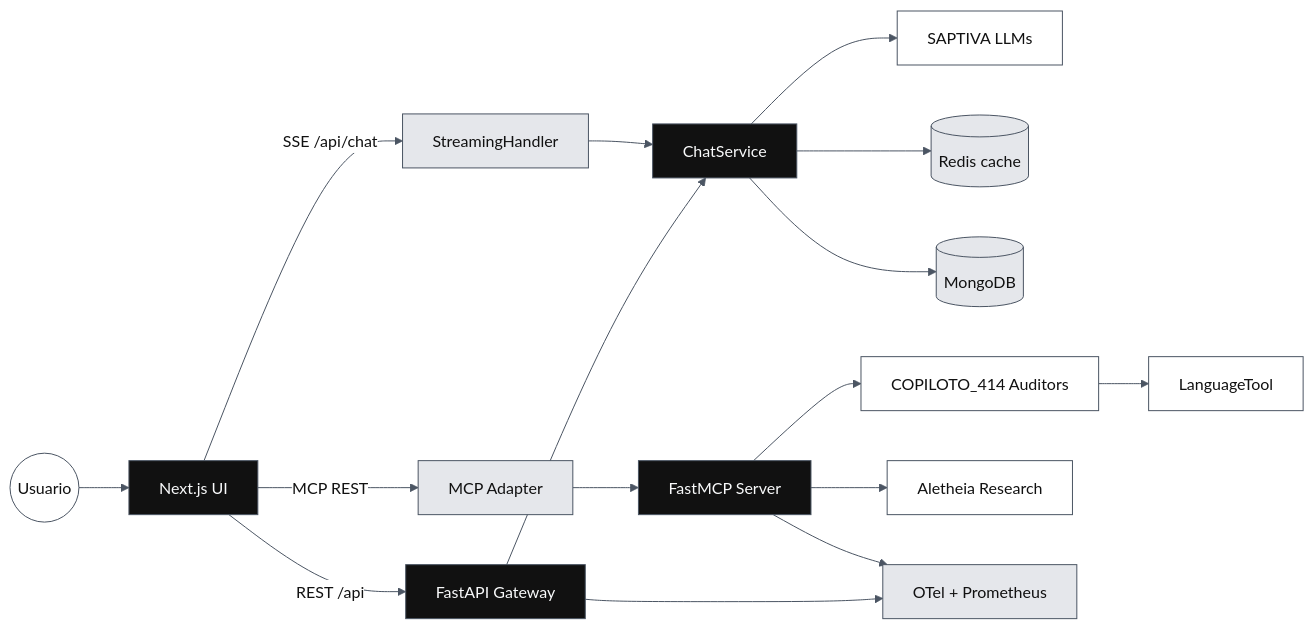
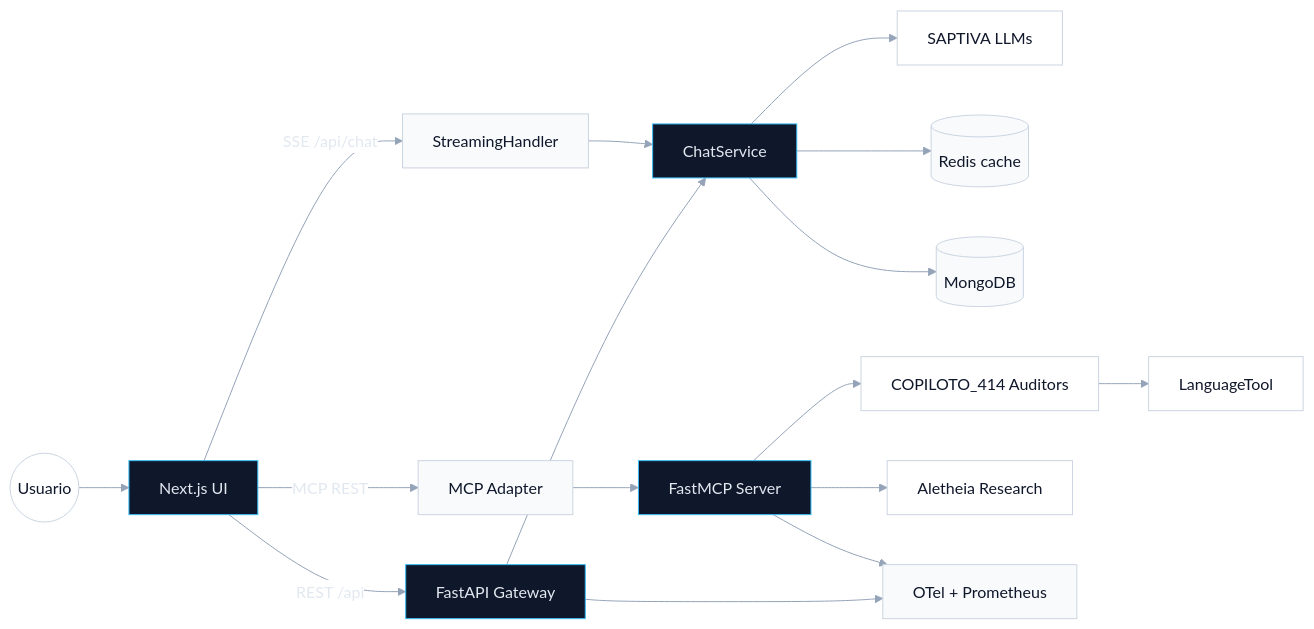
One commit to saptiva-ai/octavios-chat changed the seventh of 11 diagrams in README.md. Above: the diagram before and after it, drawn with Mermaid. The commit also changed other lines of this file, not shown here.

Commit message:
docs: compact README and refresh diagrams

````diff
--- a/README.md
+++ b/README.md
@@ -1052,26 +989,26 @@
 ```mermaid
-%%{init: {'theme': 'base', 'themeVariables': {'primaryColor': '#111111','primaryBorderColor': '#4b5563','primaryTextColor': '#111111','lineColor': '#4b5563','secondaryColor': '#ffffff','secondaryBorderColor': '#4b5563','secondaryTextColor': '#111111','tertiaryColor': '#d1d5db','tertiaryBorderColor': '#4b5563','tertiaryTextColor': '#111111'}}}%%
+%%{init: {'theme': 'base', 'themeVariables': {'primaryColor': '#0f172a','primaryBorderColor': '#38bdf8','primaryTextColor': '#e2e8f0','lineColor': '#94a3b8','secondaryColor': '#ffffff','secondaryBorderColor': '#cbd5e1','secondaryTextColor': '#0f172a','tertiaryColor': '#f8fafc','tertiaryBorderColor': '#cbd5e1','tertiaryTextColor': '#0f172a'}}}%%
 flowchart LR
     user((Usuario)):::light --> web_ui["Next.js UI"]:::dark
     web_ui -->|REST /api| api_gateway["FastAPI Gateway"]:::dark
     web_ui -->|SSE /api/chat| streaming["StreamingHandler"]:::gray
     web_ui -->|MCP REST| mcp_adapter["MCP Adapter"]:::gray
 
     api_gateway --> chat_service["ChatService"]:::dark
     chat_service --> saptiva["SAPTIVA LLMs"]:::light
     chat_service --> redis[(Redis cache)]:::gray
     chat_service --> mongo[(MongoDB)]:::gray
 
     streaming --> chat_service
     mcp_adapter --> fastmcp["FastMCP Server"]:::dark
     fastmcp --> validation["COPILOTO_414 Auditors"]:::light
     validation --> languagetool["LanguageTool"]:::light
     fastmcp --> aletheia["Aletheia Research"]:::light
 
     api_gateway --> telemetry["OTel + Prometheus"]:::gray
     fastmcp --> telemetry
 
-    classDef dark fill:#111111,stroke:#4b5563,color:#f9fafb;
-    classDef light fill:#ffffff,stroke:#4b5563,color:#111111;
-    classDef gray fill:#e5e7eb,stroke:#4b5563,color:#111111;
+    classDef dark fill:#0f172a,stroke:#38bdf8,color:#e2e8f0;
+    classDef light fill:#ffffff,stroke:#cbd5e1,color:#0f172a;
+    classDef gray fill:#f8fafc,stroke:#cbd5e1,color:#0f172a;
 ```
````
